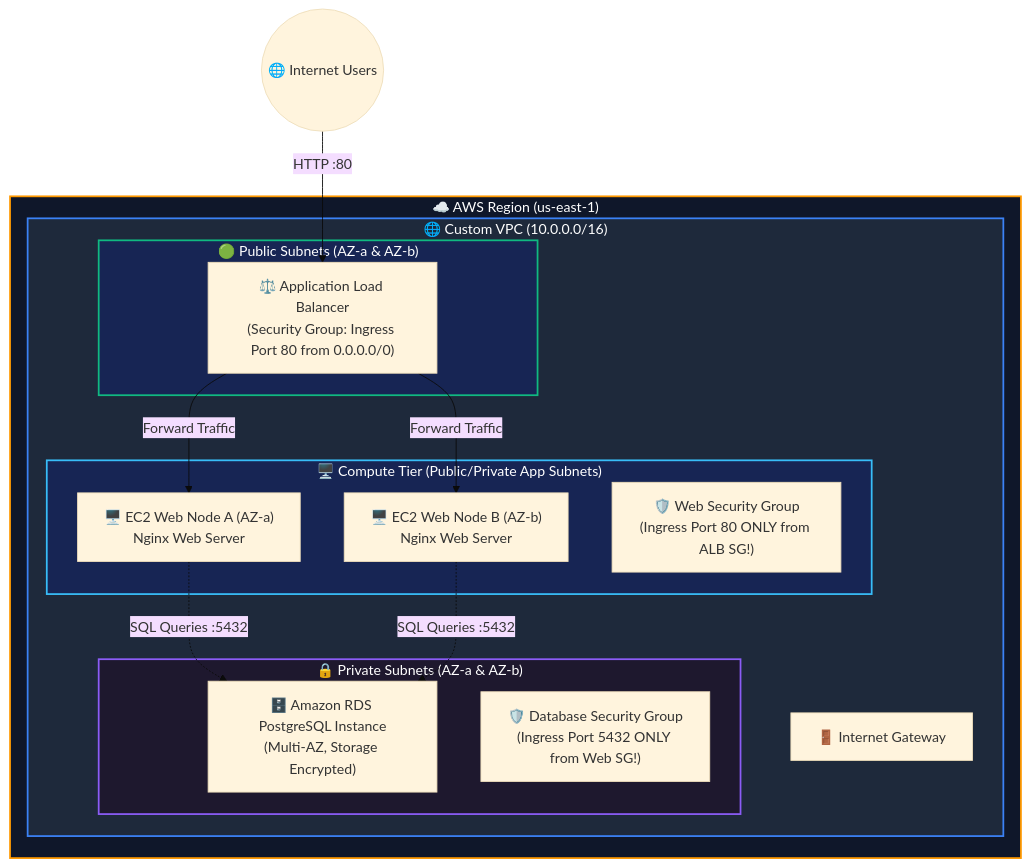
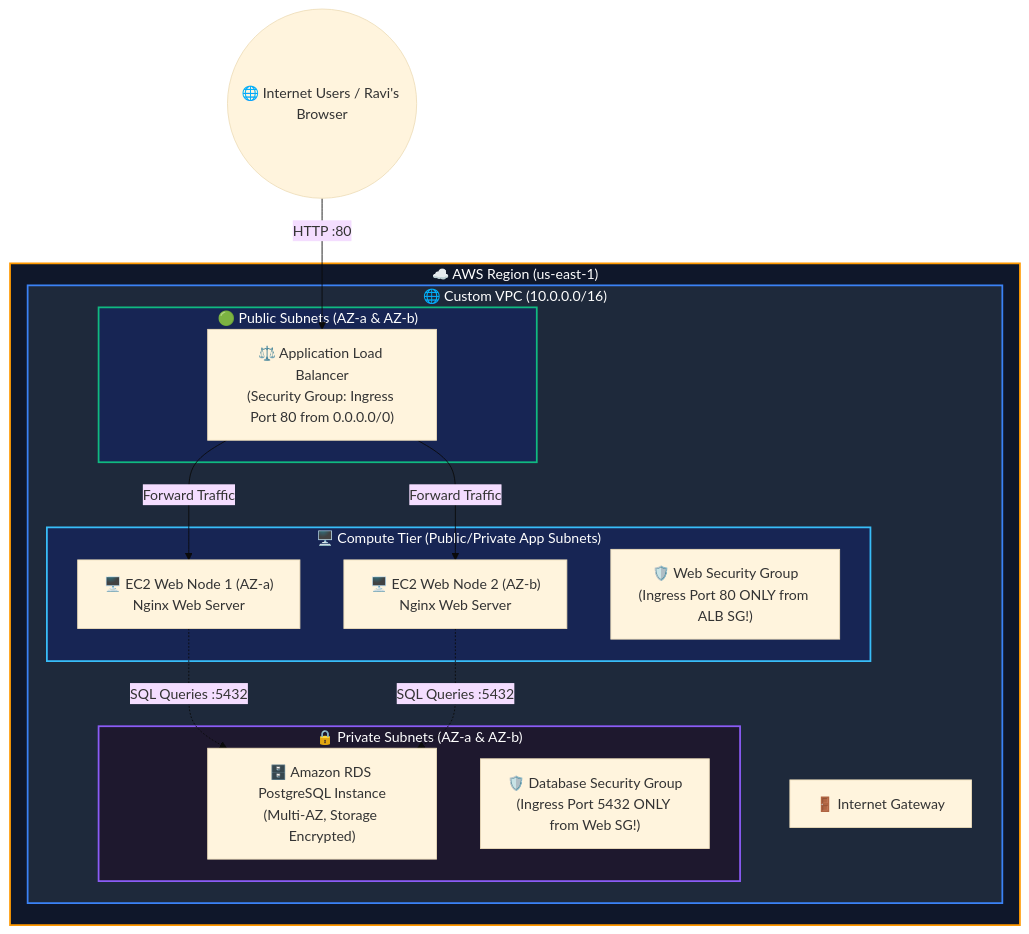
Before and after one commit to agravi987/Learning-Terraform-For-DevOps: the diagram in 18-real-world-project/README.md, drawn with Mermaid (base theme). The commit also changed other lines of this file and 18 other files, not shown here.

````diff
--- a/18-real-world-project/README.md
+++ b/18-real-world-project/README.md
@@ -25,35 +29,35 @@
 ```mermaid
 flowchart TD
-    INTERNET(("🌐 Internet Users"))
+    INTERNET(("🌐 Internet Users / Ravi's Browser"))
 
     subgraph AWSCloud ["☁️ AWS Region (us-east-1)"]
         subgraph VPC ["🌐 Custom VPC (10.0.0.0/16)"]
             IGW["🚪 Internet Gateway"]
             
             subgraph PublicSubnets ["🟢 Public Subnets (AZ-a & AZ-b)"]
                 ALB["⚖️ Application Load Balancer\n(Security Group: Ingress Port 80 from 0.0.0.0/0)"]
             end
 
             subgraph AppTier ["🖥️ Compute Tier (Public/Private App Subnets)"]
-                EC2_A["🖥️ EC2 Web Node A (AZ-a)\nNginx Web Server"]
-                EC2_B["🖥️ EC2 Web Node B (AZ-b)\nNginx Web Server"]
+                EC2_A["🖥️ EC2 Web Node 1 (AZ-a)\nNginx Web Server"]
+                EC2_B["🖥️ EC2 Web Node 2 (AZ-b)\nNginx Web Server"]
                 SG_WEB["🛡️ Web Security Group\n(Ingress Port 80 ONLY from ALB SG!)"]
             end
 
             subgraph PrivateDataSubnets ["🔒 Private Subnets (AZ-a & AZ-b)"]
                 RDS["🗄️ Amazon RDS PostgreSQL Instance\n(Multi-AZ, Storage Encrypted)"]
                 SG_DB["🛡️ Database Security Group\n(Ingress Port 5432 ONLY from Web SG!)"]
             end
         end
     end
 
     INTERNET -->|HTTP :80| ALB
     ALB -->|Forward Traffic| EC2_A & EC2_B
     EC2_A & EC2_B -.->|SQL Queries :5432| RDS
 
     style AWSCloud fill:#0f172a,stroke:#ff9900,stroke-width:2px,color:#fff
     style VPC fill:#1e293b,stroke:#3b82f6,stroke-width:2px,color:#fff
     style PublicSubnets fill:#172554,stroke:#10b981,stroke-width:2px,color:#fff
     style AppTier fill:#172554,stroke:#38bdf8,stroke-width:2px,color:#fff
     style PrivateDataSubnets fill:#1e182e,stroke:#8b5cf6,stroke-width:2px,color:#fff
 ```
````
